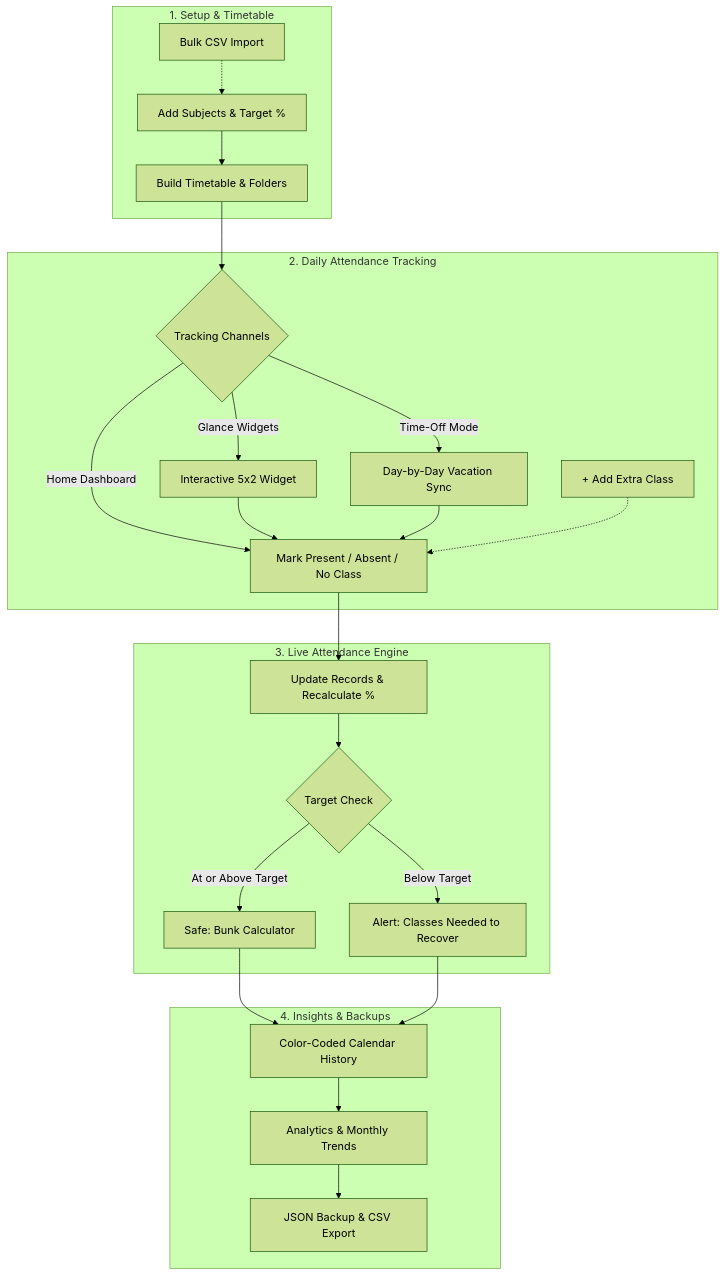
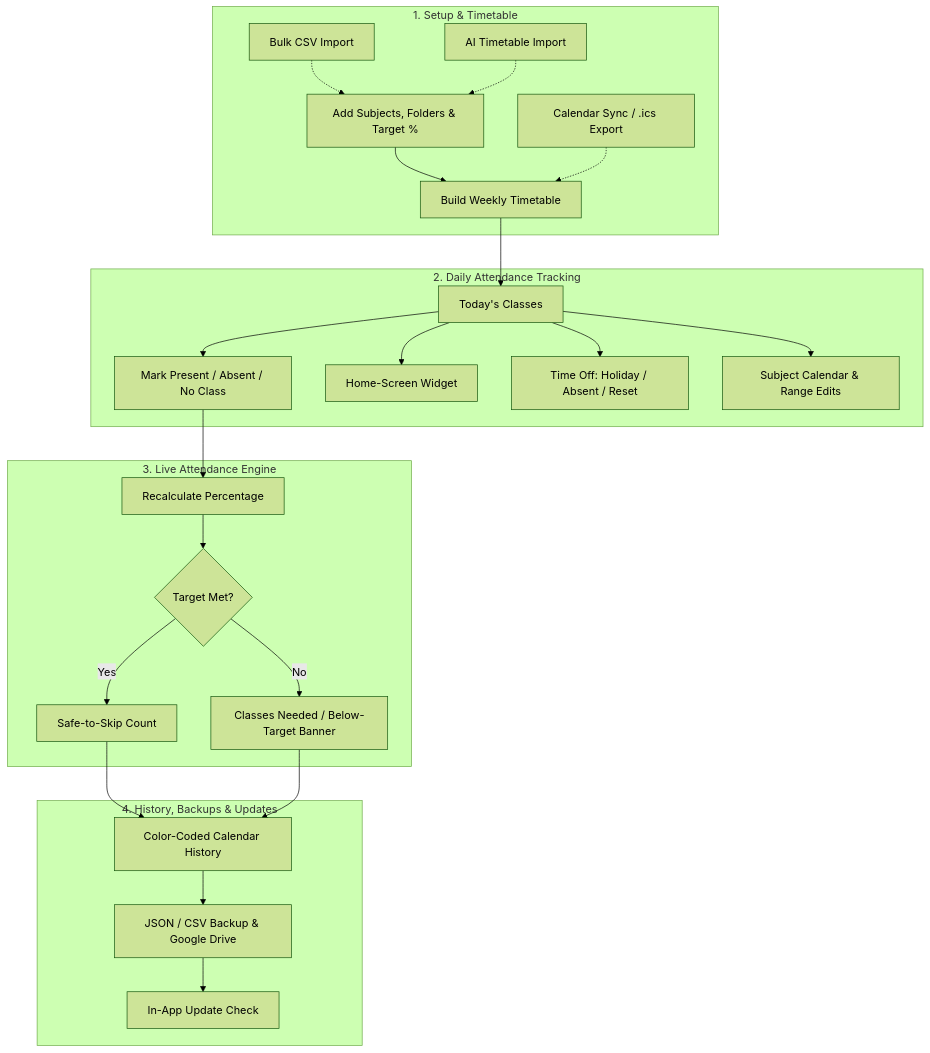
One commit to hrishikeshp7/Self-Attendance-Tracker changed the diagram in README.md. Above: the diagram before and after it, drawn with Mermaid (forest theme). The commit also changed other lines of this file and 23 other files, not shown here.

````diff
--- a/README.md
+++ b/README.md
@@ -27,31 +27,31 @@
 ```mermaid
 flowchart TD
     subgraph Setup["1. Setup & Timetable"]
-        A["Add Subjects & Target %"] --> B["Build Timetable & Folders"]
+        A["Add Subjects, Folders & Target %"] --> B["Build Weekly Timetable"]
         CSV["Bulk CSV Import"] -.-> A
+        AI["AI Timetable Import"] -.-> A
+        CAL["Calendar Sync / .ics Export"] -.-> B
     end
 
     subgraph Tracking["2. Daily Attendance Tracking"]
-        B --> C{"Tracking Channels"}
-        C -->|"Home Dashboard"| D["Mark Present / Absent / No Class"]
-        C -->|"Glance Widgets"| W["Interactive 5x2 Widget"]
-        C -->|"Time-Off Mode"| V["Day-by-Day Vacation Sync"]
-        W --> D
-        V --> D
-        X["+ Add Extra Class"] -.-> D
+        B --> C["Today's Classes"]
+        C --> D["Mark Present / Absent / No Class"]
+        C --> W["Home-Screen Widget"]
+        C --> TO["Time Off: Holiday / Absent / Reset"]
+        C --> SC["Subject Calendar & Range Edits"]
     end
 
     subgraph Logic["3. Live Attendance Engine"]
-        D --> E["Update Records & Recalculate %"]
-        E --> F{"Target Check"}
-        F -->|"At or Above Target"| G["Safe: Bunk Calculator"]
-        F -->|"Below Target"| H["Alert: Classes Needed to Recover"]
+        D --> E["Recalculate Percentage"]
+        E --> F{"Target Met?"}
+        F -->|"Yes"| G["Safe-to-Skip Count"]
+        F -->|"No"| H["Classes Needed / Below-Target Banner"]
     end
 
-    subgraph Insights["4. Insights & Backups"]
+    subgraph Insights["4. History, Backups & Updates"]
         G --> I["Color-Coded Calendar History"]
         H --> I
-        I --> J["Analytics & Monthly Trends"]
-        J --> K["JSON Backup & CSV Export"]
+        I --> J["JSON / CSV Backup & Google Drive"]
+        J --> K["In-App Update Check"]
     end
 ```
````
